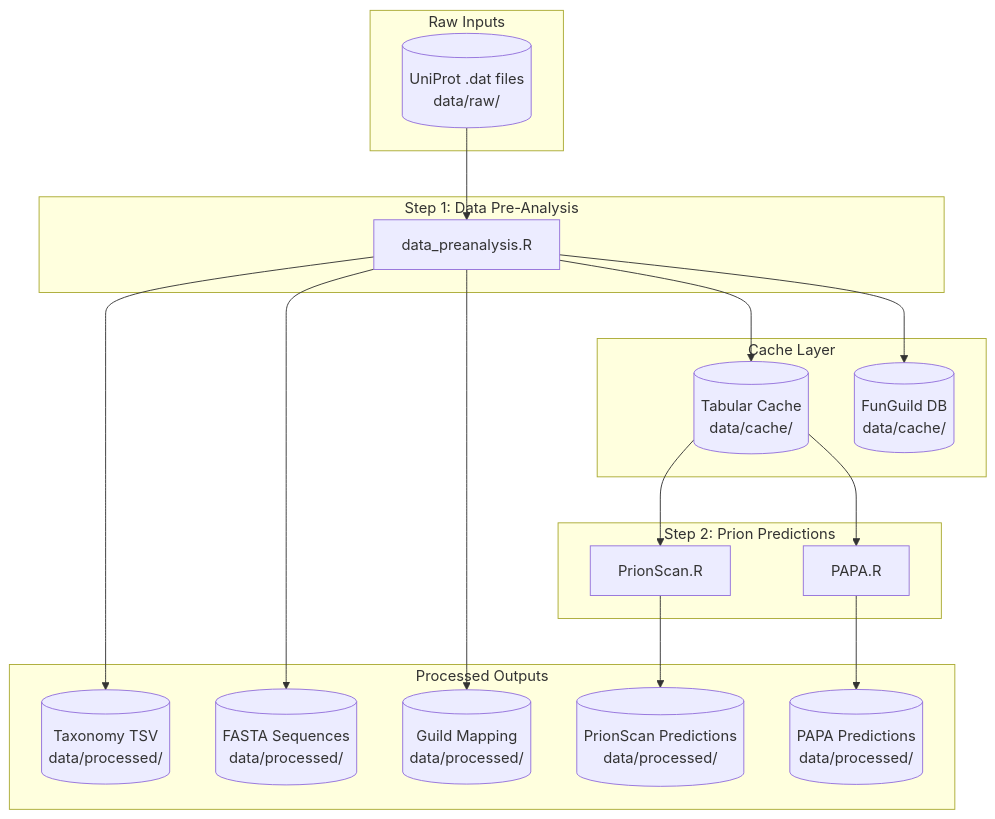
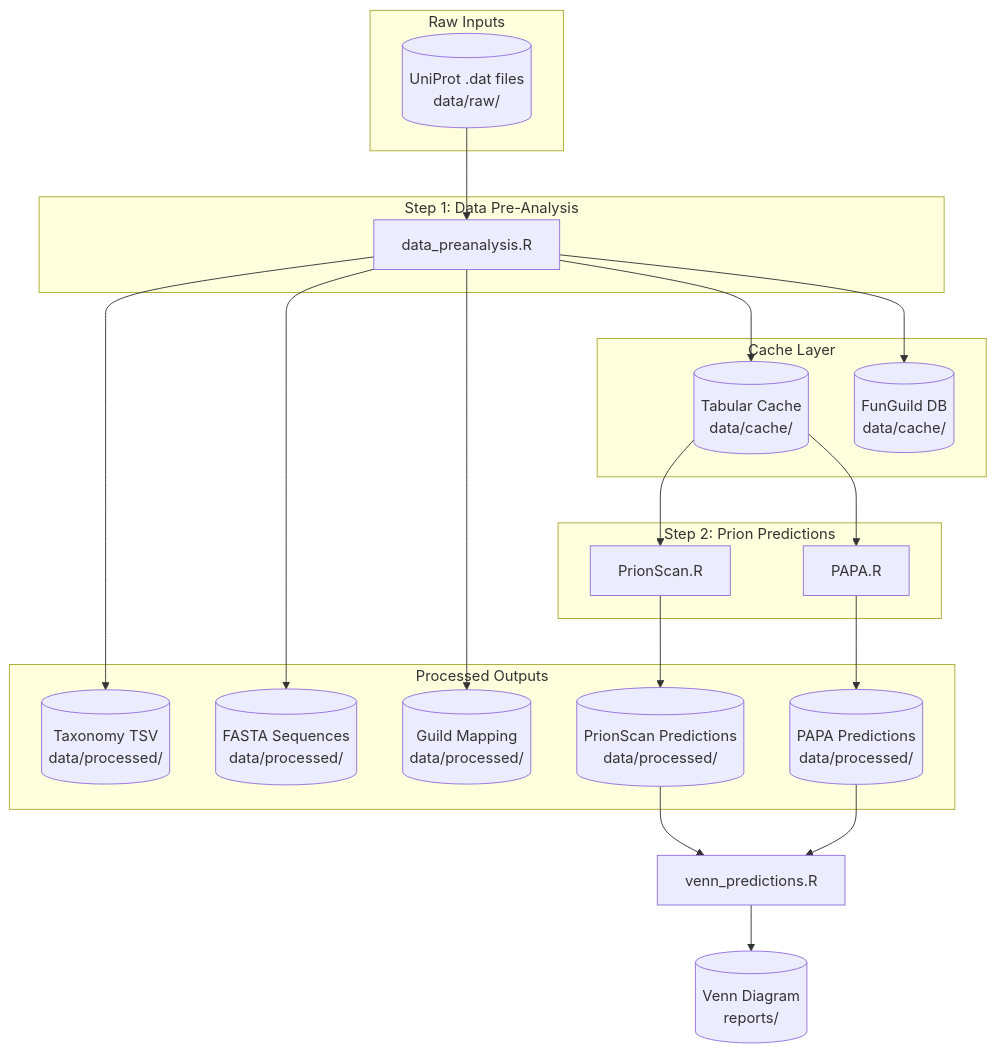
Before and after one commit to sghignone/prion-prediction-pipeline: the diagram in docs/workflow.md, drawn with Mermaid. The commit also changed 3 other files, not shown here.

Commit message:
first commit: Venn_predictions

````diff
--- a/docs/workflow.md
+++ b/docs/workflow.md
@@ -66,39 +66,42 @@
 ```mermaid
 flowchart TD
     subgraph inputs["Raw Inputs"]
         DAT[("UniProt .dat files<br/>data/raw/")]
     end
 
     subgraph step1["Step 1: Data Pre-Analysis"]
         S1[data_preanalysis.R]
     end
 
     subgraph cache["Cache Layer"]
         TSV[("Tabular Cache<br/>data/cache/")]
         FGDB[("FunGuild DB<br/>data/cache/")]
     end
 
     subgraph step2["Step 2: Prion Predictions"]
         S2[PrionScan.R]
         S3[PAPA.R]
     end
 
     subgraph outputs["Processed Outputs"]
         TAX[("Taxonomy TSV<br/>data/processed/")]
         FASTA[("FASTA Sequences<br/>data/processed/")]
         GUILD[("Guild Mapping<br/>data/processed/")]
         PRION[("PrionScan Predictions<br/>data/processed/")]
         PAPA_OUT[("PAPA Predictions<br/>data/processed/")]
     end
 
     DAT --> S1
     S1 --> TSV
     S1 --> FGDB
     S1 --> TAX
     S1 --> FASTA
     S1 --> GUILD
     TSV --> S2
     TSV --> S3
     S2 --> PRION
     S3 --> PAPA_OUT
+    PRION --> VENN[venn_predictions.R]
+    PAPA_OUT --> VENN
+    VENN --> VENN_OUT[("Venn Diagram<br/>reports/")]
 ```
````
